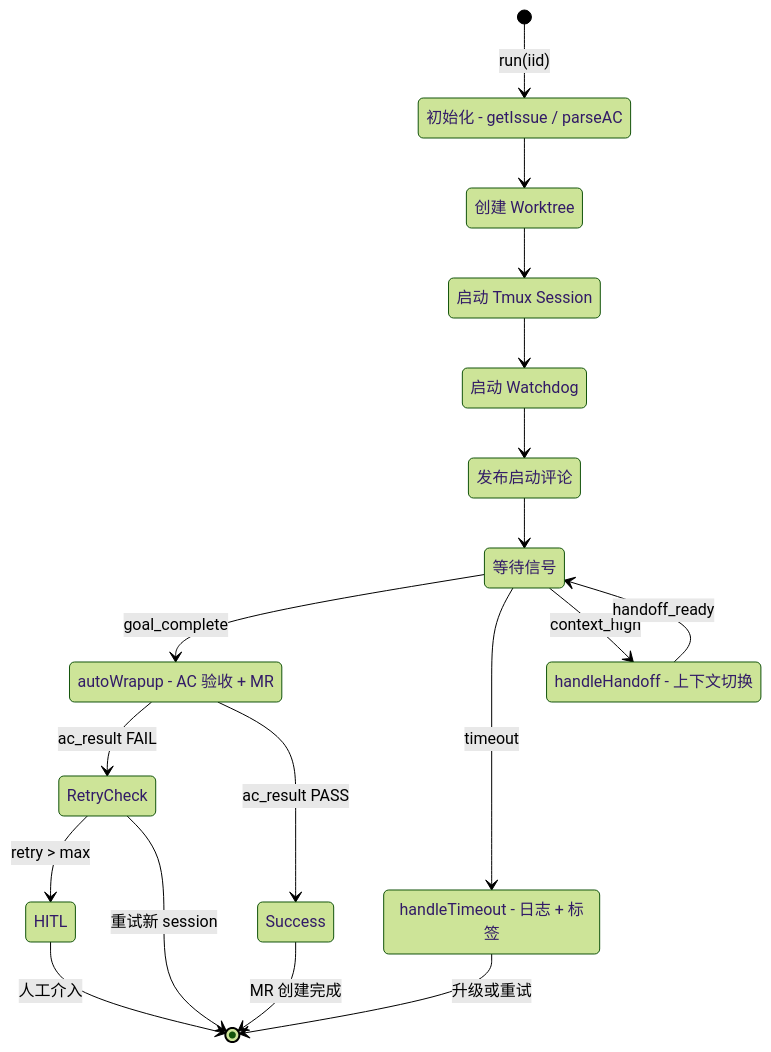
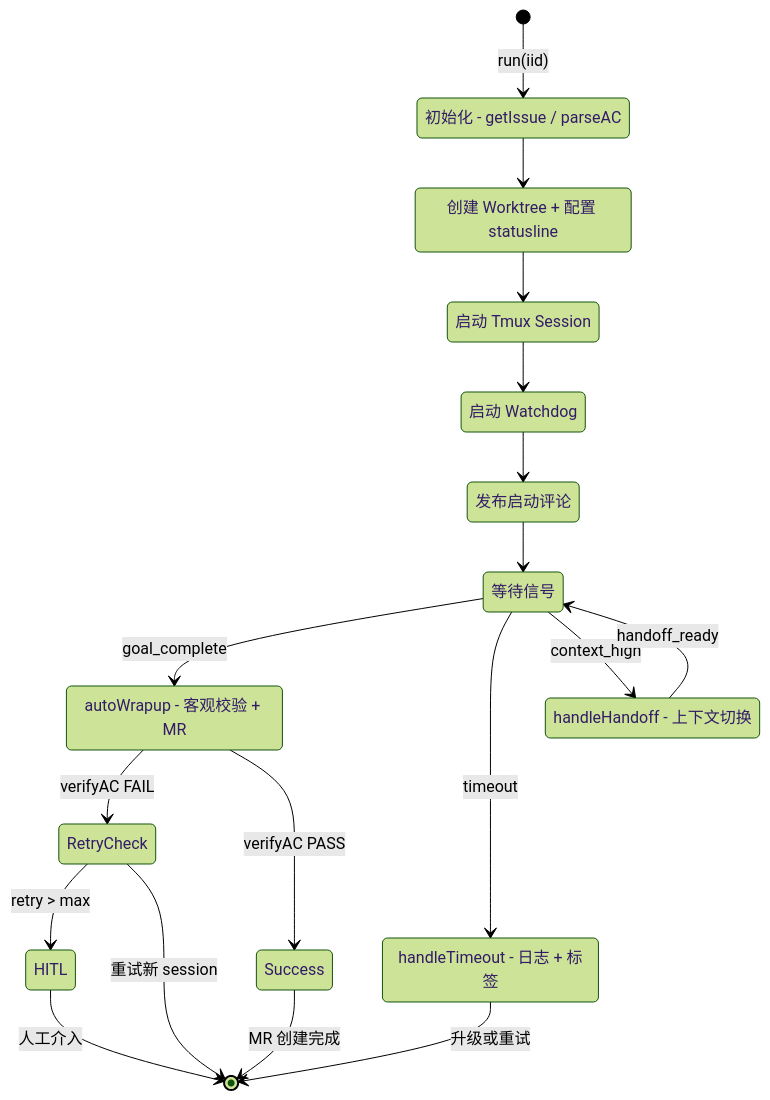
One commit to easyhaloo/afk changed the sixth of 11 diagrams in docs/ARCHITECTURE.md. Above: the diagram before and after it, drawn with Mermaid (forest theme). The commit also changed other lines of this file, not shown here.

First line of the commit message:
docs: 同步 ARCHITECTURE.md 反映全部重构

````diff
--- a/docs/ARCHITECTURE.md
+++ b/docs/ARCHITECTURE.md
@@ -314,35 +346,35 @@
 ```mermaid
 stateDiagram-v2
     [*] --> Init: run(iid)
 
     Init: 初始化 - getIssue / parseAC
-    Worktree: 创建 Worktree
+    Worktree: 创建 Worktree + 配置 statusline
     TmuxLaunch: 启动 Tmux Session
     Watchdog: 启动 Watchdog
     Comment: 发布启动评论
     Polling: 等待信号
 
     Init --> Worktree
     Worktree --> TmuxLaunch
     TmuxLaunch --> Watchdog
     Watchdog --> Comment
     Comment --> Polling
 
     Polling --> AutoWrapup: goal_complete
     Polling --> Timeout: timeout
     Polling --> Handoff: context_high
 
-    AutoWrapup: autoWrapup - AC 验收 + MR
+    AutoWrapup: autoWrapup - 客观校验 + MR
     Timeout: handleTimeout - 日志 + 标签
     Handoff: handleHandoff - 上下文切换
 
-    AutoWrapup --> RetryCheck: ac_result FAIL
-    AutoWrapup --> Success: ac_result PASS
+    AutoWrapup --> RetryCheck: verifyAC FAIL
+    AutoWrapup --> Success: verifyAC PASS
     RetryCheck --> HITL: retry > max
     RetryCheck --> [*]: 重试新 session
 
     Success --> [*]: MR 创建完成
     Timeout --> [*]: 升级或重试
     Handoff --> Polling: handoff_ready
     HITL --> [*]: 人工介入
 ```
````
